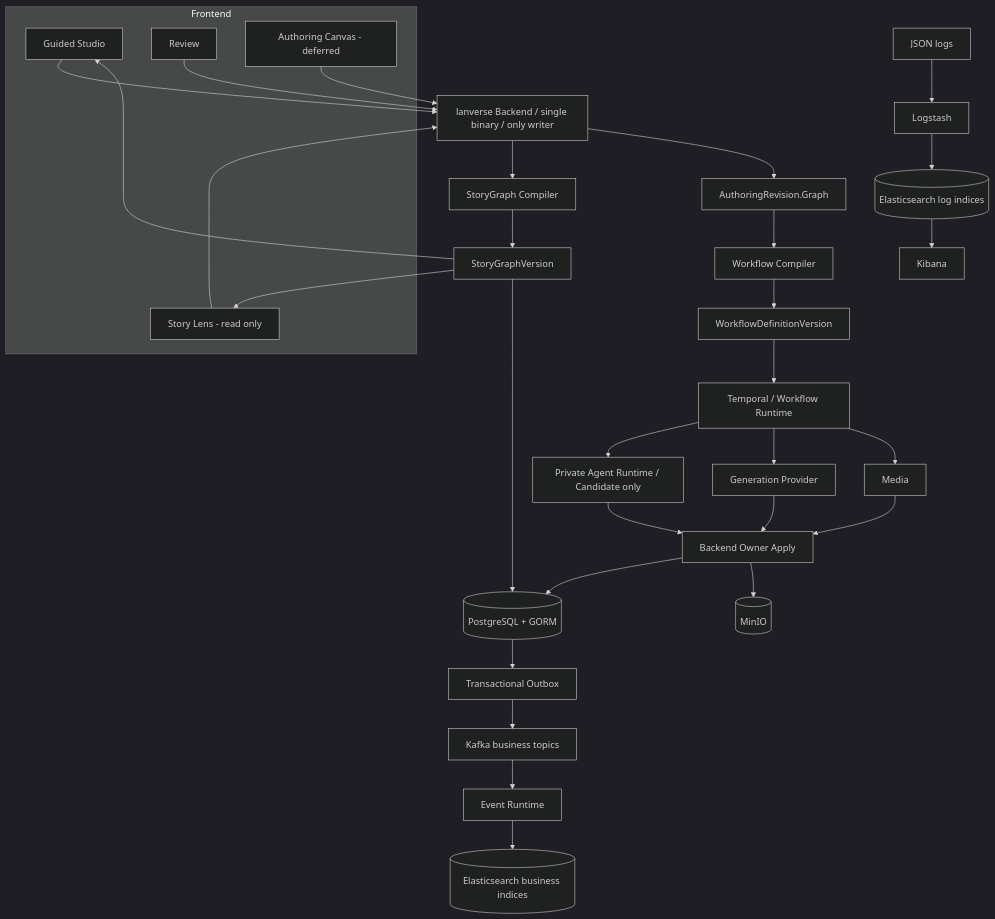
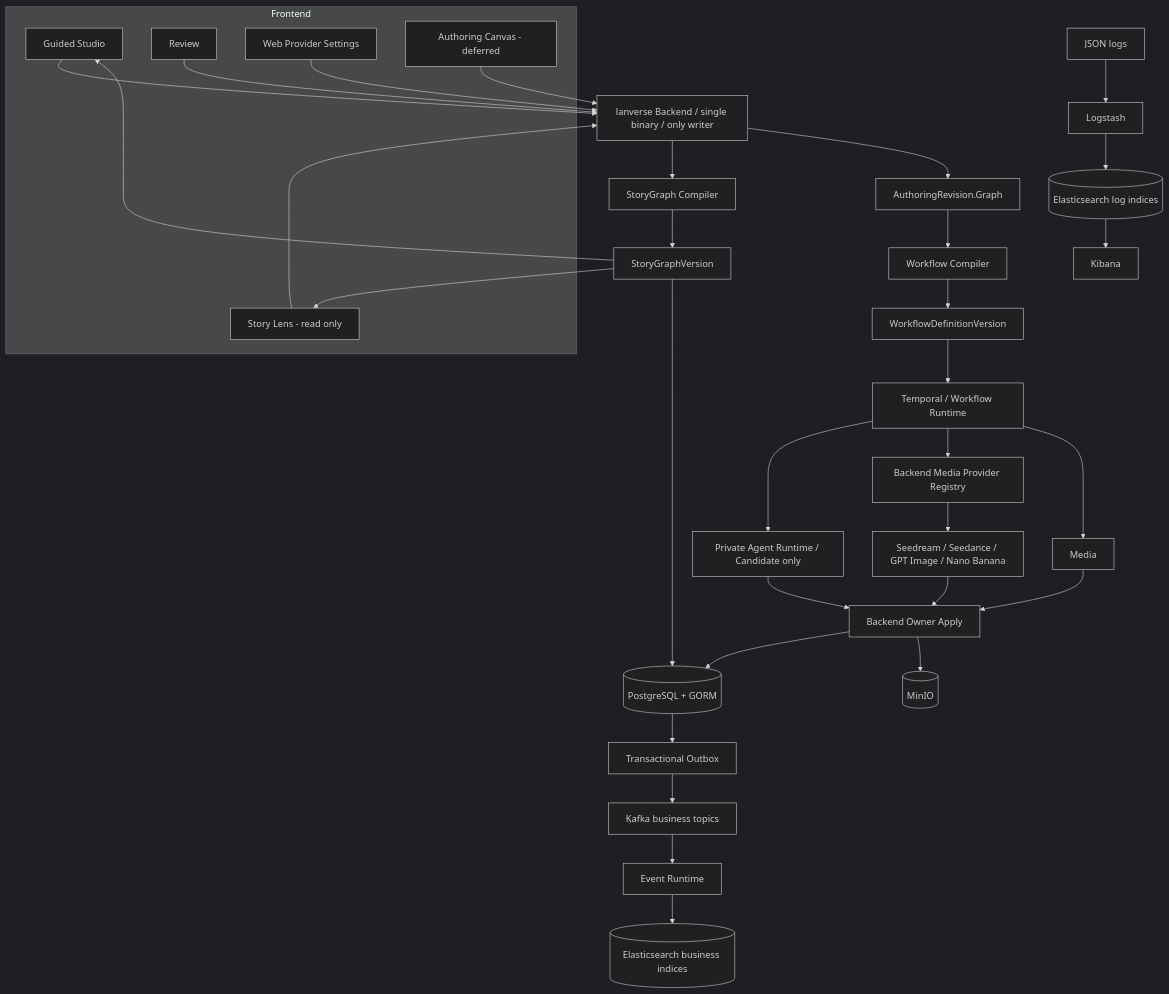
Before and after one commit to StephenQiu30/lanverse: the diagram in docs/design/0003-系统总体架构.md, drawn with Mermaid (dark theme). The commit also changed other lines of this file and 9 other files, not shown here.

First line of the commit message:
docs(generation): 统一媒体 Provider 设计边界

````diff
--- a/docs/design/0003-系统总体架构.md
+++ b/docs/design/0003-系统总体架构.md
@@ -13,49 +13,52 @@
 ```mermaid
 flowchart TB
   subgraph FE[Frontend]
     G[Guided Studio]
     SL[Story Lens - read only]
     R[Review]
+    PS[Web Provider Settings]
     AC[Authoring Canvas - deferred]
   end
 
   API[lanverse Backend / single binary / only writer]
   PG[(PostgreSQL + GORM)]
   OS[(MinIO)]
   SGC[StoryGraph Compiler]
   SG[StoryGraphVersion]
   AR[AuthoringRevision.Graph]
   WC[Workflow Compiler]
   WD[WorkflowDefinitionVersion]
   TW[Temporal / Workflow Runtime]
   AG[Private Agent Runtime / Candidate only]
-  PROV[Generation Provider]
+  PR[Backend Media Provider Registry]
+  PROV[Seedream / Seedance / GPT Image / Nano Banana]
   MED[Media]
   APPLY[Backend Owner Apply]
 
   G --> API
   SL --> API
   R --> API
   AC --> API
+  PS --> API
   API --> SGC --> SG --> PG
   SG --> G
   SG --> SL
   API --> AR --> WC --> WD --> TW
   TW --> AG
-  TW --> PROV
+  TW --> PR --> PROV
   TW --> MED
   AG --> APPLY
   PROV --> APPLY
   MED --> APPLY
   APPLY --> PG
   APPLY --> OS
 
   PG --> OB[Transactional Outbox]
   OB --> K[Kafka business topics]
   K --> EW[Event Runtime]
   EW --> ES[(Elasticsearch business indices)]
 
   LOG[JSON logs] --> LS[Logstash]
   LS --> ESL[(Elasticsearch log indices)]
   ESL --> KB[Kibana]
 ```
````
